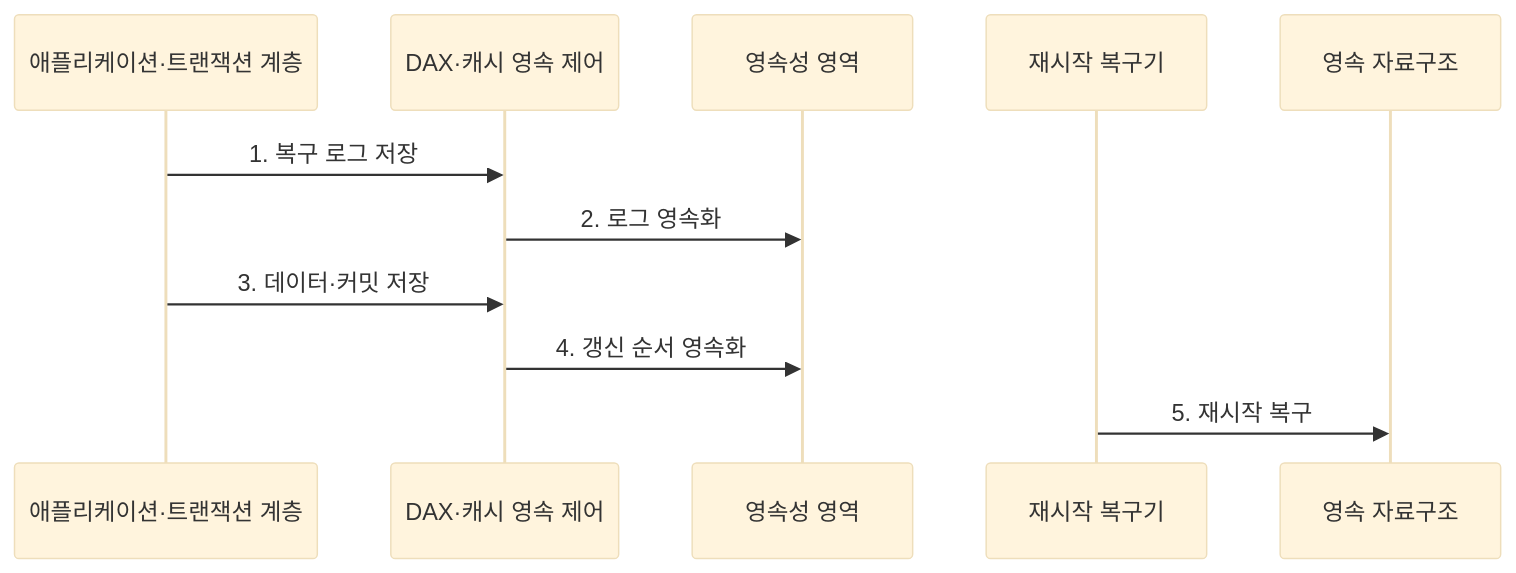
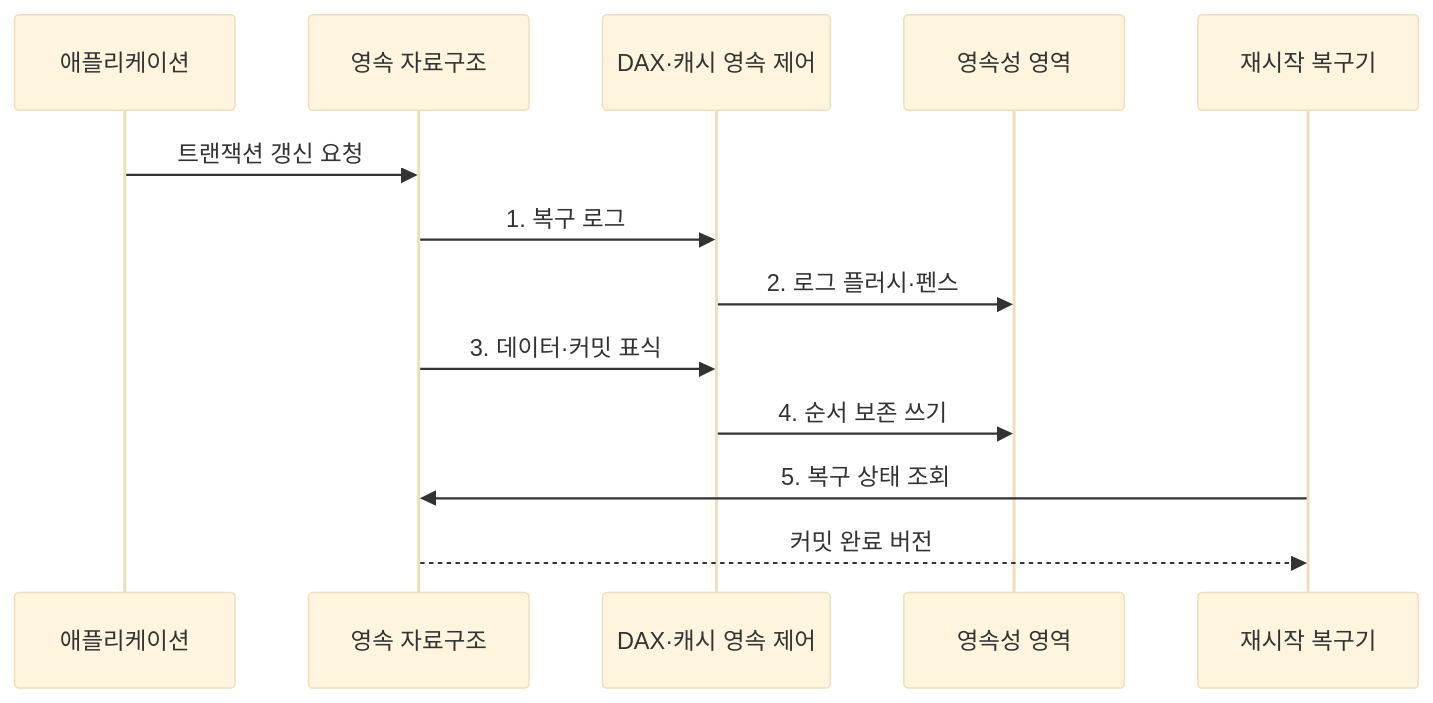
The second of 2 diagrams in src/content/docs/notes/02-hardware/082_persistent_memory.md (agnusdei1207/knowledge-base), drawn with Mermaid (base theme) before and after one commit. The commit also changed other lines of this file and 14 other files, not shown here.

````diff
--- a/src/content/docs/notes/02-hardware/082_persistent_memory.md
+++ b/src/content/docs/notes/02-hardware/082_persistent_memory.md
@@ -90,14 +92,16 @@
 ```mermaid
 sequenceDiagram
-    participant A as 애플리케이션·트랜잭션 계층
+    participant A as 애플리케이션
+    participant S as 영속 자료구조
     participant C as DAX·캐시 영속 제어
     participant P as 영속성 영역
     participant R as 재시작 복구기
-    participant S as 영속 자료구조
 
-    A->>C: 1. 복구 로그 저장
-    C->>P: 2. 로그 영속화
-    A->>C: 3. 데이터·커밋 저장
-    C->>P: 4. 갱신 순서 영속화
-    R->>S: 5. 재시작 복구
+    A->>S: 트랜잭션 갱신 요청
+    S->>C: 1. 복구 로그
+    C->>P: 2. 로그 플러시·펜스
+    S->>C: 3. 데이터·커밋 표식
+    C->>P: 4. 순서 보존 쓰기
+    R->>S: 5. 복구 상태 조회
+    S-->>R: 커밋 완료 버전
 ```
````
